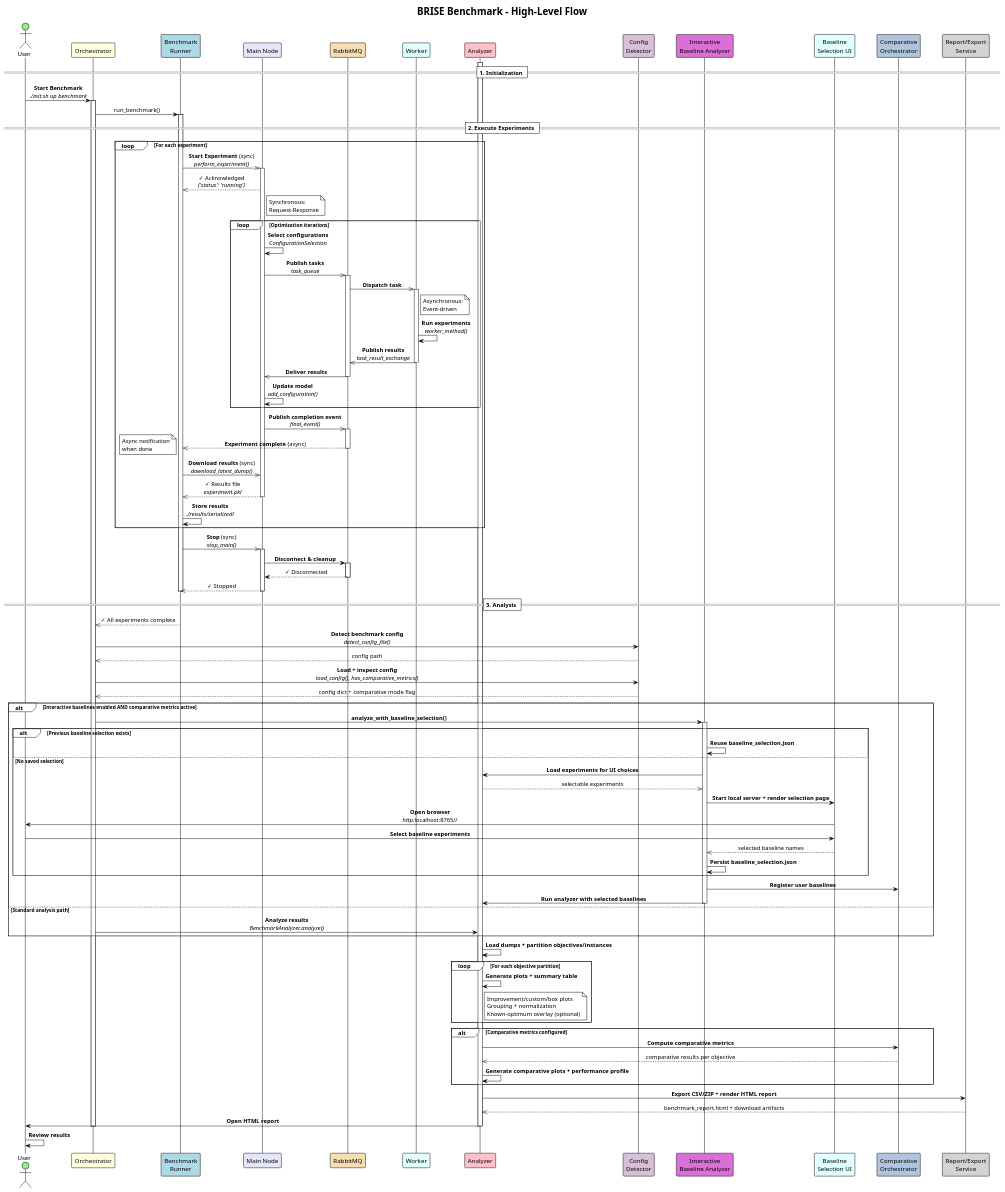
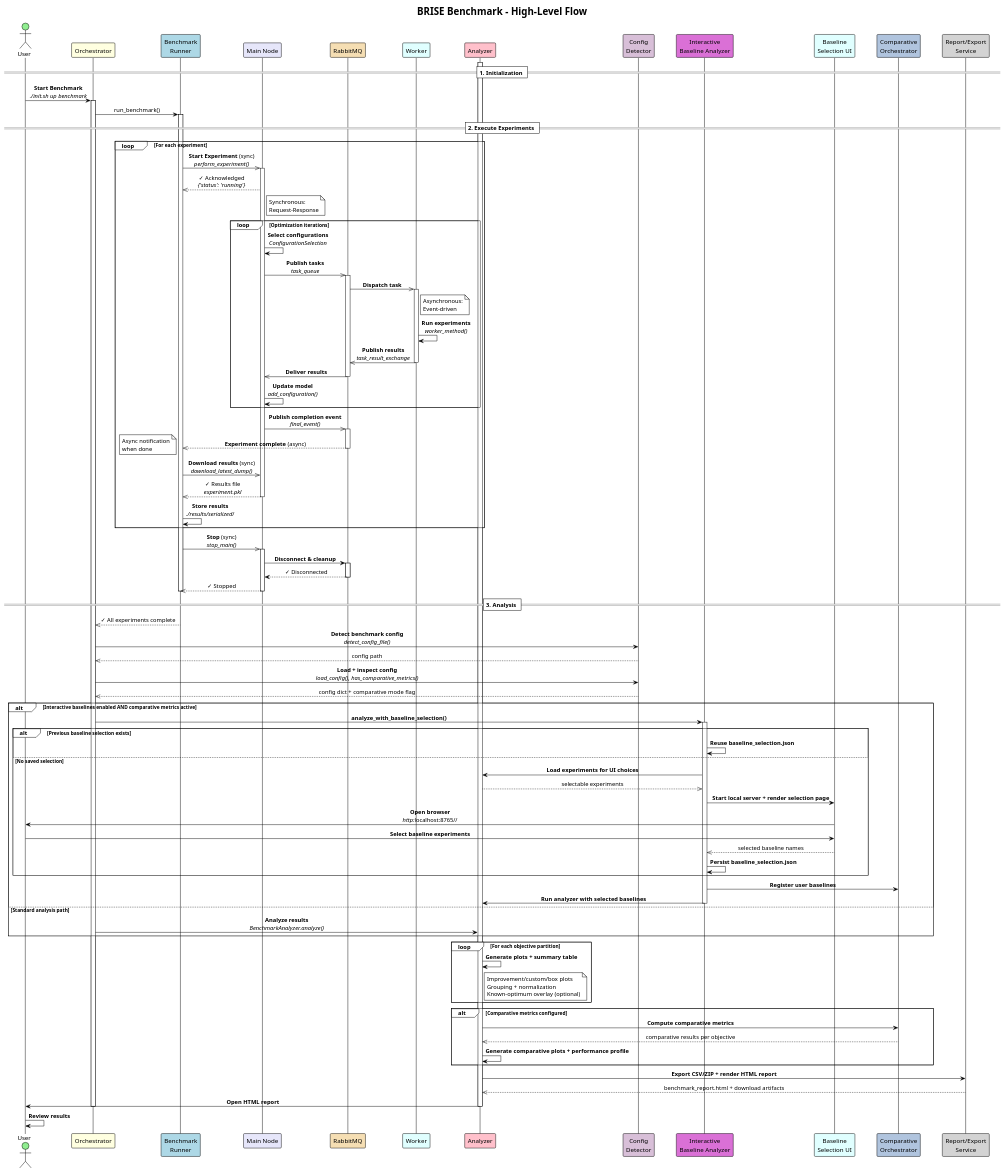
One commit to LeanderSoemisch/BRISE2_Benchmarking changed the diagram in benchmark/docs/benchmark_workflow/Sequence_Diagram_Benchmark.puml. Above: the diagram before and after it, drawn with PlantUML. The commit also changed other lines of this file and 12 other files, not shown here.

```diff
--- a/benchmark/docs/benchmark_workflow/Sequence_Diagram_Benchmark.puml
+++ b/benchmark/docs/benchmark_workflow/Sequence_Diagram_Benchmark.puml
@@ -1,132 +1,131 @@
 @startuml Benchmark_Sequence_Diagram
 !theme plain
 skinparam sequenceMessageAlign center
 skinparam responseMessageBelowArrow true
 skinparam BoxPadding 10
 skinparam ParticipantPadding 20
 
 actor User #lightgreen
 participant "Orchestrator" as Orchestrator #lightyellow
 participant "Benchmark\nRunner" as BenchmarkRunner #lightblue
 participant "Main Node" as MainNode #lavender
 participant "RabbitMQ" as RabbitMQ #wheat
 participant "Worker" as Worker #lightcyan
 participant "Analyzer" as Analyzer #pink
 
 title BRISE Benchmark - High-Level Flow
 
 == 1. Initialization ==
 User -> Orchestrator: **Start Benchmark**\n//./init.sh up benchmark//
 activate Orchestrator
 Orchestrator -> BenchmarkRunner: run_benchmark()
 activate BenchmarkRunner
 
 == 2. Execute Experiments ==
 loop For each experiment
 
     BenchmarkRunner ->> MainNode: **Start Experiment** (sync)\n//perform_experiment()//
     activate MainNode
     MainNode -->> BenchmarkRunner: ✓ Acknowledged\n//{'status': 'running'}//
     note right of MainNode: Synchronous:\nRequest-Response
 
     loop Optimization iterations
         MainNode -> MainNode: **Select configurations**\n//ConfigurationSelection//
         MainNode ->> RabbitMQ: **Publish tasks**\n//task_queue//
         activate RabbitMQ
         RabbitMQ ->> Worker: **Dispatch task**
         activate Worker
         note right of Worker: Asynchronous:\nEvent-driven
         Worker -> Worker: **Run experiments**\n//worker_method()//
         Worker ->> RabbitMQ: **Publish results**\n//task_result_exchange//
         deactivate Worker
         RabbitMQ ->> MainNode: **Deliver results**
         deactivate RabbitMQ
         MainNode -> MainNode: **Update model**\n//add_configuration()//
     end
 
     MainNode ->> RabbitMQ: **Publish completion event**\n//final_event()//
     activate RabbitMQ
     RabbitMQ -->> BenchmarkRunner: **Experiment complete** (async)
     deactivate RabbitMQ
     note left: Async notification\nwhen done
 
     BenchmarkRunner ->> MainNode: **Download results** (sync)\n//download_latest_dump()//
     MainNode -->> BenchmarkRunner: ✓ Results file\n//experiment.pkl//
     deactivate MainNode
     BenchmarkRunner -> BenchmarkRunner: **Store results**\n//./results/serialized///
 
 end
 
 BenchmarkRunner ->> MainNode: **Stop** (sync)\n//stop_main()//
 activate MainNode
 MainNode -> RabbitMQ: **Disconnect & cleanup**
 activate RabbitMQ
 RabbitMQ --> MainNode: ✓ Disconnected
 deactivate RabbitMQ
 MainNode -->> BenchmarkRunner: ✓ Stopped
 deactivate MainNode
 deactivate BenchmarkRunner
 
 == 3. Analysis ==
 BenchmarkRunner -->> Orchestrator: ✓ All experiments complete
 participant "Config\nDetector" as ConfigDetector #thistle
 participant "Interactive\nBaseline Analyzer" as InteractiveBaselineAnalyzer #orchid
 participant "Baseline\nSelection UI" as BaselineSelectionUI #lightcyan
 participant "Comparative\nOrchestrator" as ComparativeOrchestrator #lightsteelblue
 participant "Report/Export\nService" as ReportService #lightgray
 
 Orchestrator -> ConfigDetector: **Detect benchmark config**\n//detect_config_file()//
 ConfigDetector -->> Orchestrator: config path
 Orchestrator -> ConfigDetector: **Load + inspect config**\n//load_config(), has_comparative_metrics()//
 ConfigDetector -->> Orchestrator: config dict + comparative mode flag
 
 alt Interactive baselines enabled AND comparative metrics active
     Orchestrator -> InteractiveBaselineAnalyzer: **analyze_with_baseline_selection()**
     activate InteractiveBaselineAnalyzer
 
     alt Previous baseline selection exists
         InteractiveBaselineAnalyzer -> InteractiveBaselineAnalyzer: **Reuse baseline_selection.json**
     else No saved selection
         InteractiveBaselineAnalyzer -> Analyzer: **Load experiments for UI choices**
         Analyzer -->> InteractiveBaselineAnalyzer: selectable experiments
         InteractiveBaselineAnalyzer -> BaselineSelectionUI: **Start local server + render selection page**
         BaselineSelectionUI -> User: **Open browser**\n//http://localhost:8765//
         User -> BaselineSelectionUI: **Select baseline experiments**
         BaselineSelectionUI -->> InteractiveBaselineAnalyzer: selected baseline names
         InteractiveBaselineAnalyzer -> InteractiveBaselineAnalyzer: **Persist baseline_selection.json**
     end
 
     InteractiveBaselineAnalyzer -> ComparativeOrchestrator: **Register user baselines**
     InteractiveBaselineAnalyzer -> Analyzer: **Run analyzer with selected baselines**
     deactivate InteractiveBaselineAnalyzer
 else Standard analysis path
     Orchestrator -> Analyzer: **Analyze results**\n//BenchmarkAnalyzer.analyze()//
 end
 
 activate Analyzer
-Analyzer -> Analyzer: **Load dumps + partition objectives/instances**
 
 loop For each objective partition
     Analyzer -> Analyzer: **Generate plots + summary table**
     note right of Analyzer
       Improvement/custom/box plots
       Grouping + normalization
       Known-optimum overlay (optional)
     end note
 end
 
 alt Comparative metrics configured
     Analyzer -> ComparativeOrchestrator: **Compute comparative metrics**
     ComparativeOrchestrator -->> Analyzer: comparative results per objective
     Analyzer -> Analyzer: **Generate comparative plots + performance profile**
 end
 
 Analyzer -> ReportService: **Export CSV/ZIP + render HTML report**
 ReportService -->> Analyzer: benchmark_report.html + download artifacts
 Analyzer -> User: **Open HTML report**
 deactivate Analyzer
 deactivate Orchestrator
 
 User -> User: **Review results**
 
 @enduml
```
